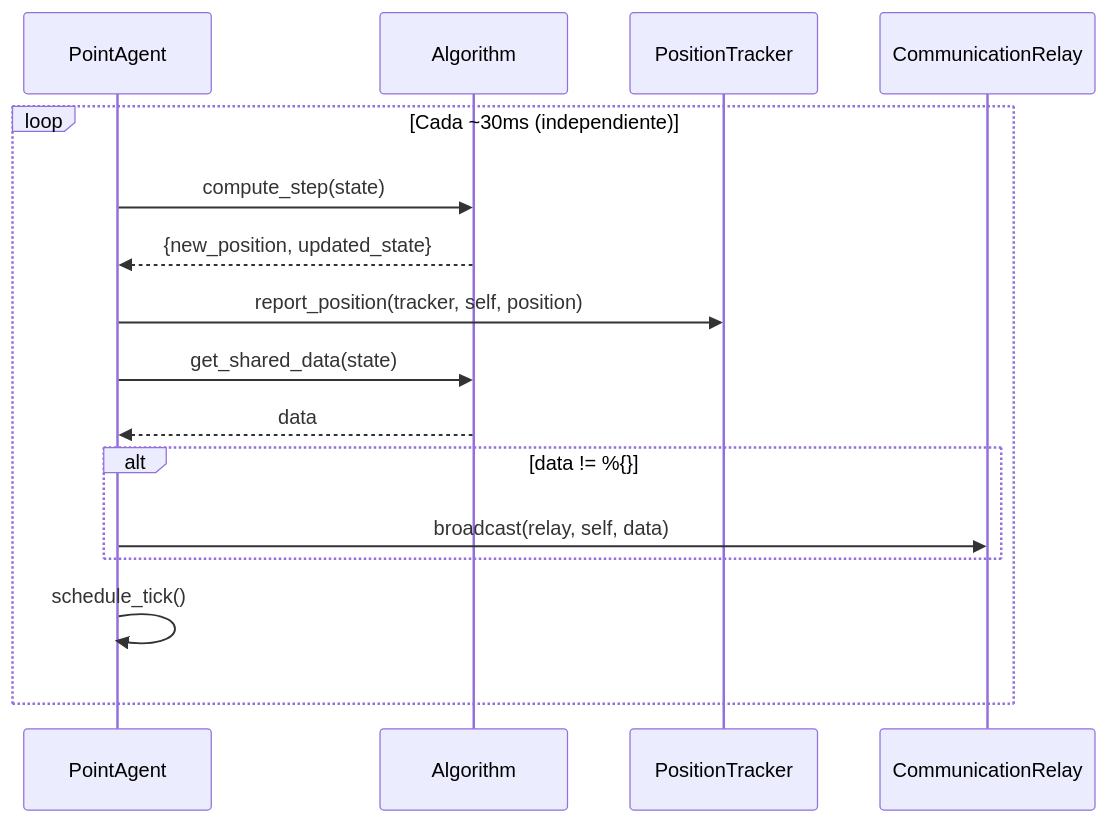
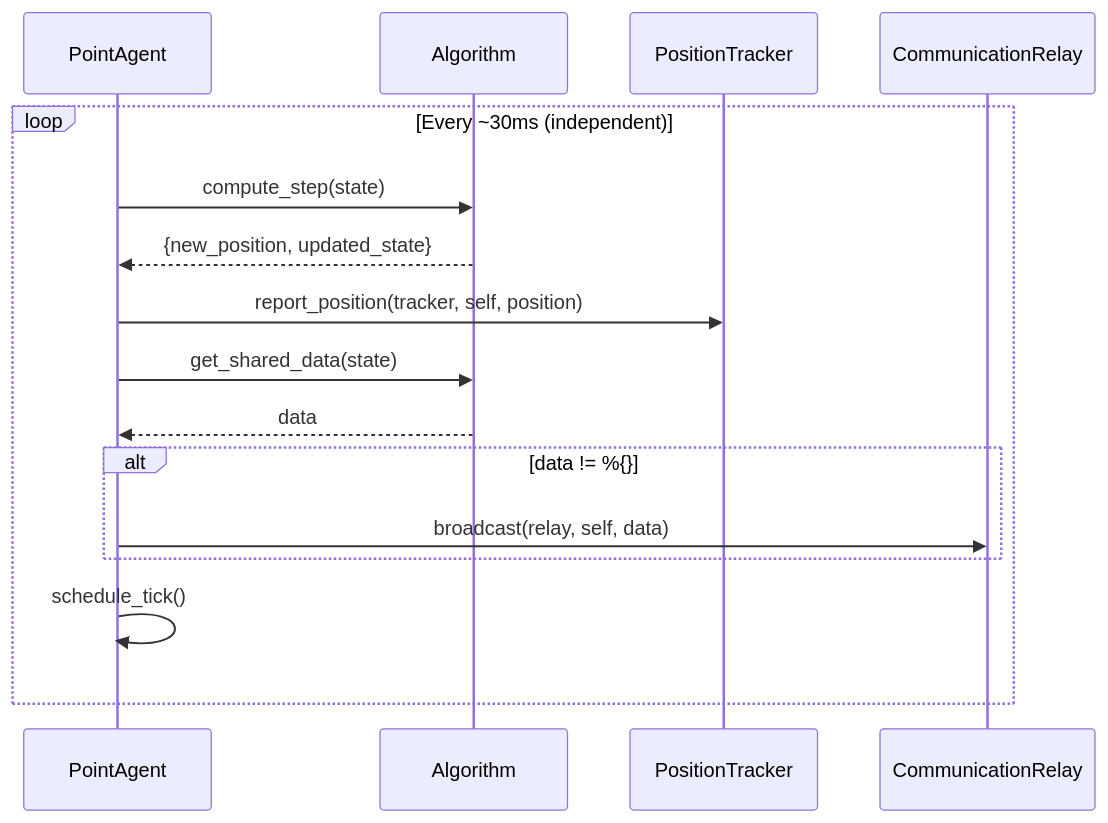
The eighth of 11 diagrams in docs/data_flows.md (FLAGlab/Elixir-Swarm-Simulator), drawn with Mermaid before and after one commit. The commit also changed other lines of this file and 40 other files, not shown here.

````diff
--- a/docs/data_flows.md
+++ b/docs/data_flows.md
@@ -217,21 +218,21 @@
 ```mermaid
 sequenceDiagram
     participant PA as PointAgent
     participant Algo as Algorithm
     participant PT as PositionTracker
     participant CR as CommunicationRelay
 
-    loop Cada ~30ms (independiente)
+    loop Every ~30ms (independent)
         PA->>Algo: compute_step(state)
         Algo-->>PA: {new_position, updated_state}
         PA->>PT: report_position(tracker, self, position)
 
         PA->>Algo: get_shared_data(state)
         Algo-->>PA: data
         alt data != %{}
             PA->>CR: broadcast(relay, self, data)
         end
 
         PA->>PA: schedule_tick()
     end
 ```
````
